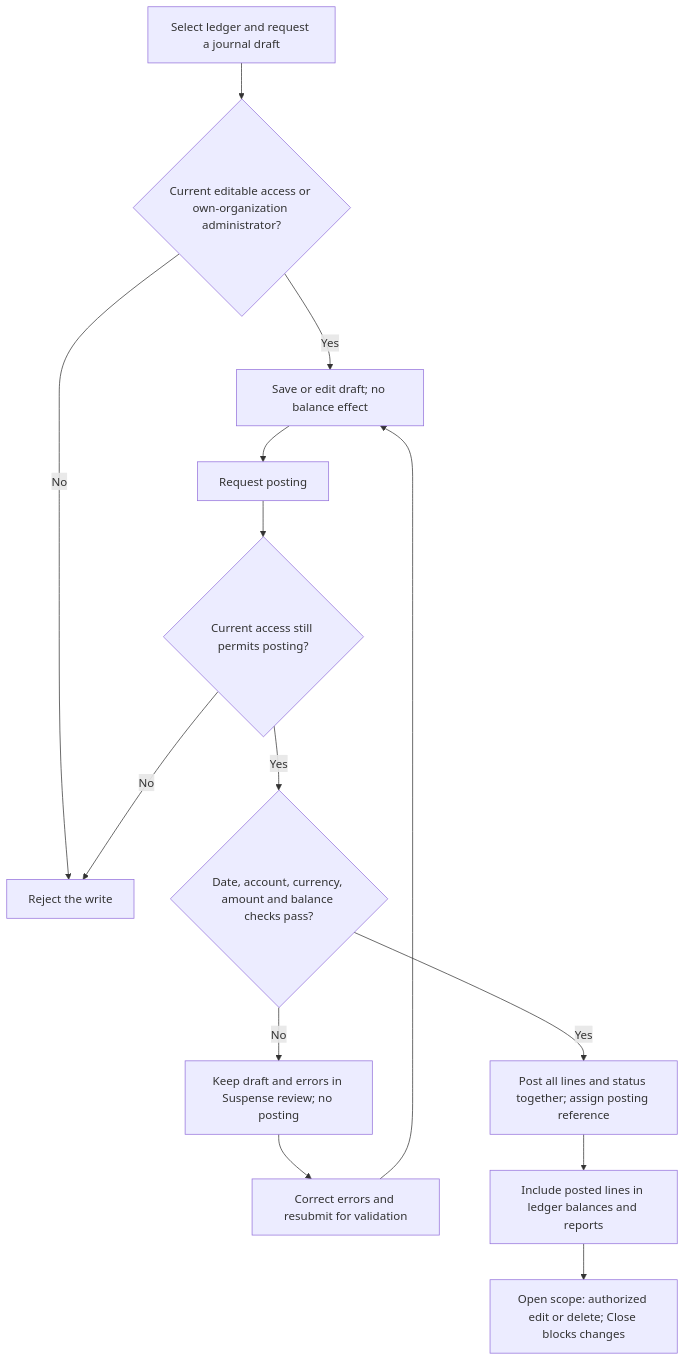
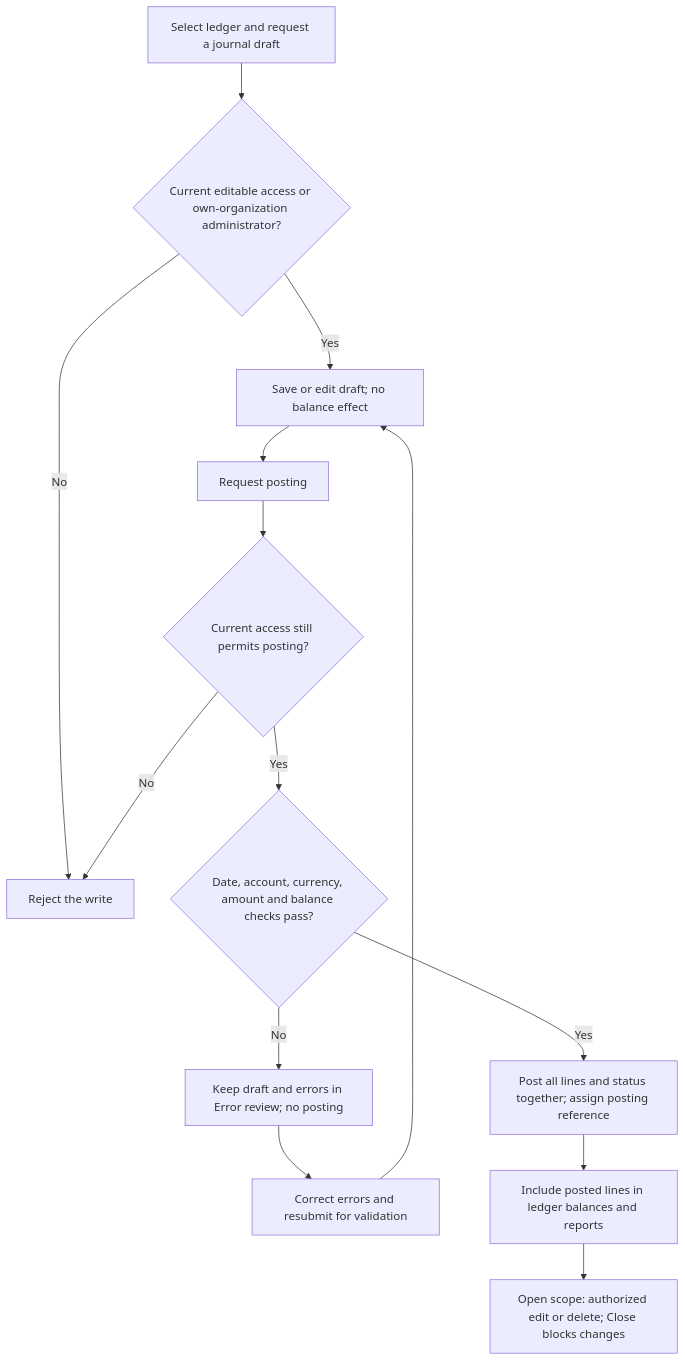
Diagram 12 of 16 in docs/11-workflows.md (Qifei-L/Books), drawn with Mermaid before and after one commit. The commit also changed other lines of this file and 5 other files, not shown here.

````diff
--- a/docs/11-workflows.md
+++ b/docs/11-workflows.md
@@ -361,16 +361,16 @@
 ```mermaid
 flowchart TD
     A["Select ledger and request a journal draft"] --> B{"Current editable access or own-organization administrator?"}
     B -->|No| C["Reject the write"]
     B -->|Yes| D["Save or edit draft; no balance effect"]
     D --> E["Request posting"]
     E --> P{"Current access still permits posting?"}
     P -->|No| C
     P -->|Yes| F{"Date, account, currency, amount and balance checks pass?"}
-    F -->|No| G["Keep draft and errors in Suspense review; no posting"]
+    F -->|No| G["Keep draft and errors in Error review; no posting"]
     G --> K["Correct errors and resubmit for validation"]
     K --> D
     F -->|Yes| H["Post all lines and status together; assign posting reference"]
     H --> I["Include posted lines in ledger balances and reports"]
     I --> J["Open scope: authorized edit or delete; Close blocks changes"]
 ```
````
